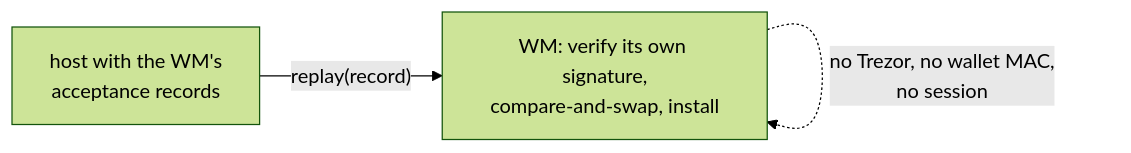
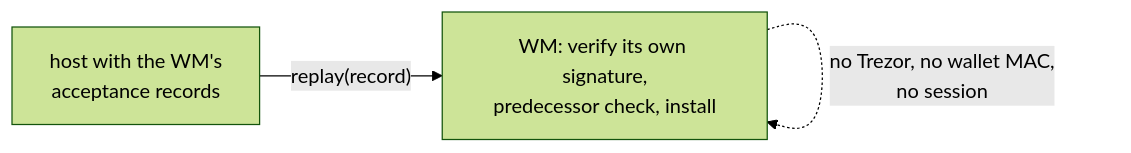
Before and after one commit to trezor/trezor-firmware: the seventh of 7 diagrams in docs/ward/ward_transitions.md, drawn with Mermaid (forest theme). The commit also changed other lines of this file and 7 other files, not shown here.

First line of the commit message:
docs(ward): WM keeps no time, predecessor check, session opening

````diff
--- a/docs/ward/ward_transitions.md
+++ b/docs/ward/ward_transitions.md
@@ -392,5 +408,5 @@
 ```mermaid
 flowchart LR
-    H["host with the WM's<br/>acceptance records"] -->|"replay(record)"| M["WM: verify its own signature,<br/>compare-and-swap, install"]
+    H["host with the WM's<br/>acceptance records"] -->|"replay(record)"| M["WM: verify its own signature,<br/>predecessor check, install"]
     M -.->|"no Trezor, no wallet MAC,<br/>no session"| M
 ```
````
